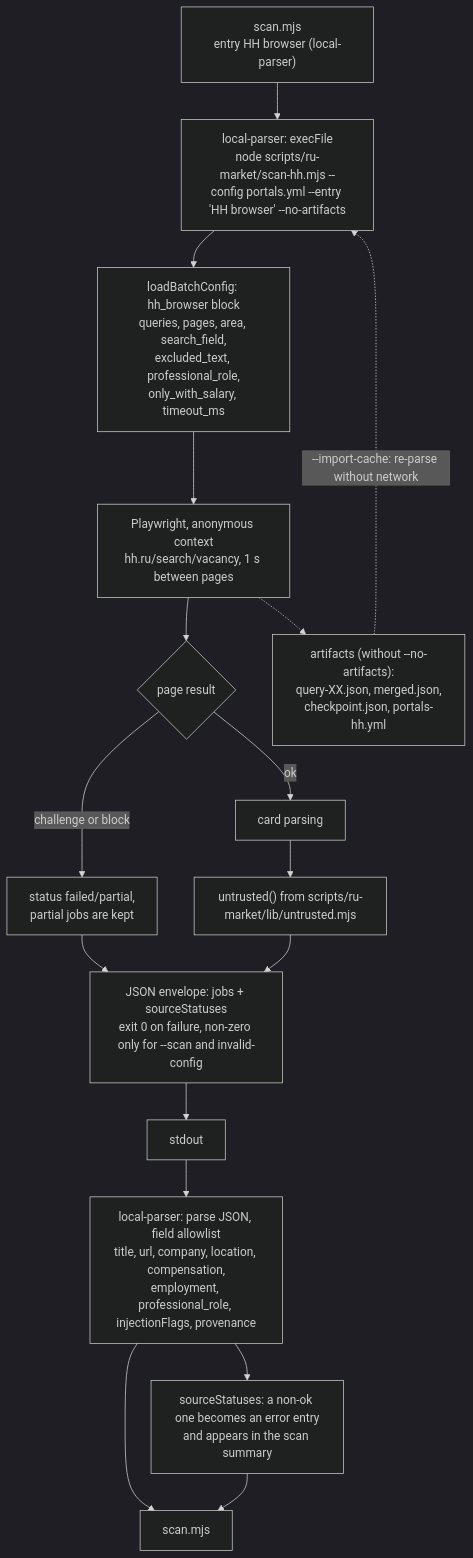
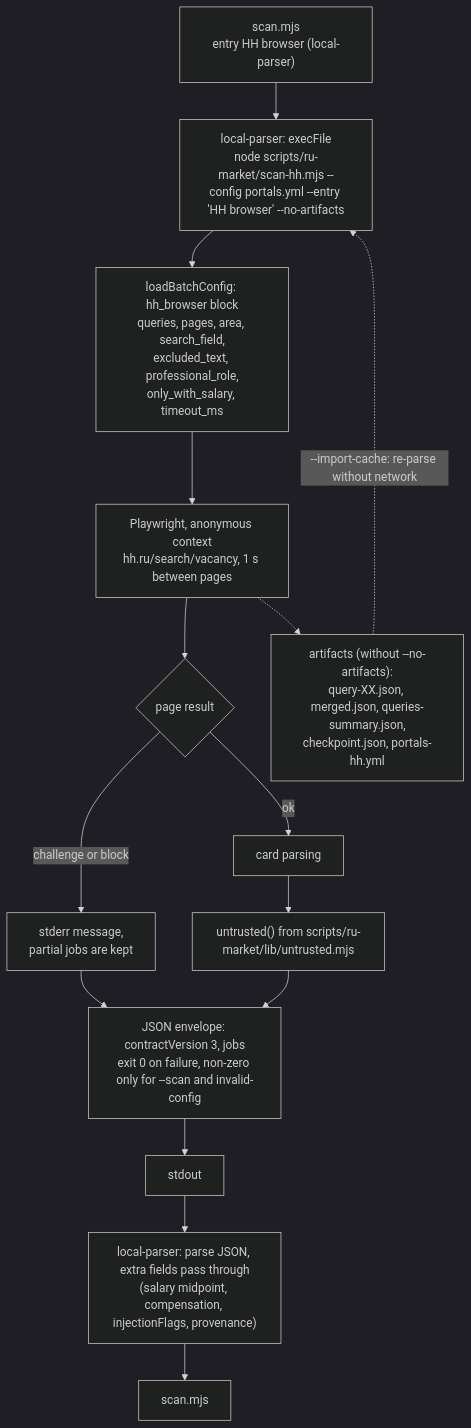
One commit to WindowGenerator/career-ops-plugin-ru-market changed the second of 3 diagrams in docs/architecture/data-flow.md. Above: the diagram before and after it, drawn with Mermaid (dark theme). The commit also changed other lines of this file and 18 other files, not shown here.

````diff
--- a/docs/architecture/data-flow.md
+++ b/docs/architecture/data-flow.md
@@ -37,20 +37,18 @@
 ```mermaid
 flowchart TD
   A["scan.mjs<br/>entry HH browser (local-parser)"] --> B["local-parser: execFile<br/>node scripts/ru-market/scan-hh.mjs --config portals.yml --entry 'HH browser' --no-artifacts"]
   B --> C["loadBatchConfig: hh_browser block<br/>queries, pages, area, search_field,<br/>excluded_text, professional_role,<br/>only_with_salary, timeout_ms"]
   C --> D["Playwright, anonymous context<br/>hh.ru/search/vacancy, 1 s between pages"]
   D --> E{"page result"}
-  E -->|"challenge or block"| F["status failed/partial,<br/>partial jobs are kept"]
+  E -->|"challenge or block"| F["stderr message,<br/>partial jobs are kept"]
   E -->|"ok"| G["card parsing"]
   G --> U["untrusted() from scripts/ru-market/lib/untrusted.mjs"]
   F --> H
-  U --> H["JSON envelope: jobs + sourceStatuses<br/>exit 0 on failure, non-zero only for --scan and invalid-config"]
+  U --> H["JSON envelope: contractVersion 3, jobs<br/>exit 0 on failure, non-zero only for --scan and invalid-config"]
   H --> I["stdout"]
-  I --> J["local-parser: parse JSON, field allowlist<br/>title, url, company, location, compensation,<br/>employment, professional_role, injectionFlags, provenance"]
-  J --> K["sourceStatuses: a non-ok one becomes an error entry<br/>and appears in the scan summary"]
+  I --> J["local-parser: parse JSON, extra fields pass through<br/>(salary midpoint, compensation, injectionFlags, provenance)"]
   J --> S["scan.mjs"]
-  K --> S
 
-  D -.-> ART["artifacts (without --no-artifacts):<br/>query-XX.json, merged.json,<br/>checkpoint.json, portals-hh.yml"]
+  D -.-> ART["artifacts (without --no-artifacts):<br/>query-XX.json, merged.json, queries-summary.json,<br/>checkpoint.json, portals-hh.yml"]
   ART -.->|"--import-cache: re-parse without network"| B
 ```
````
